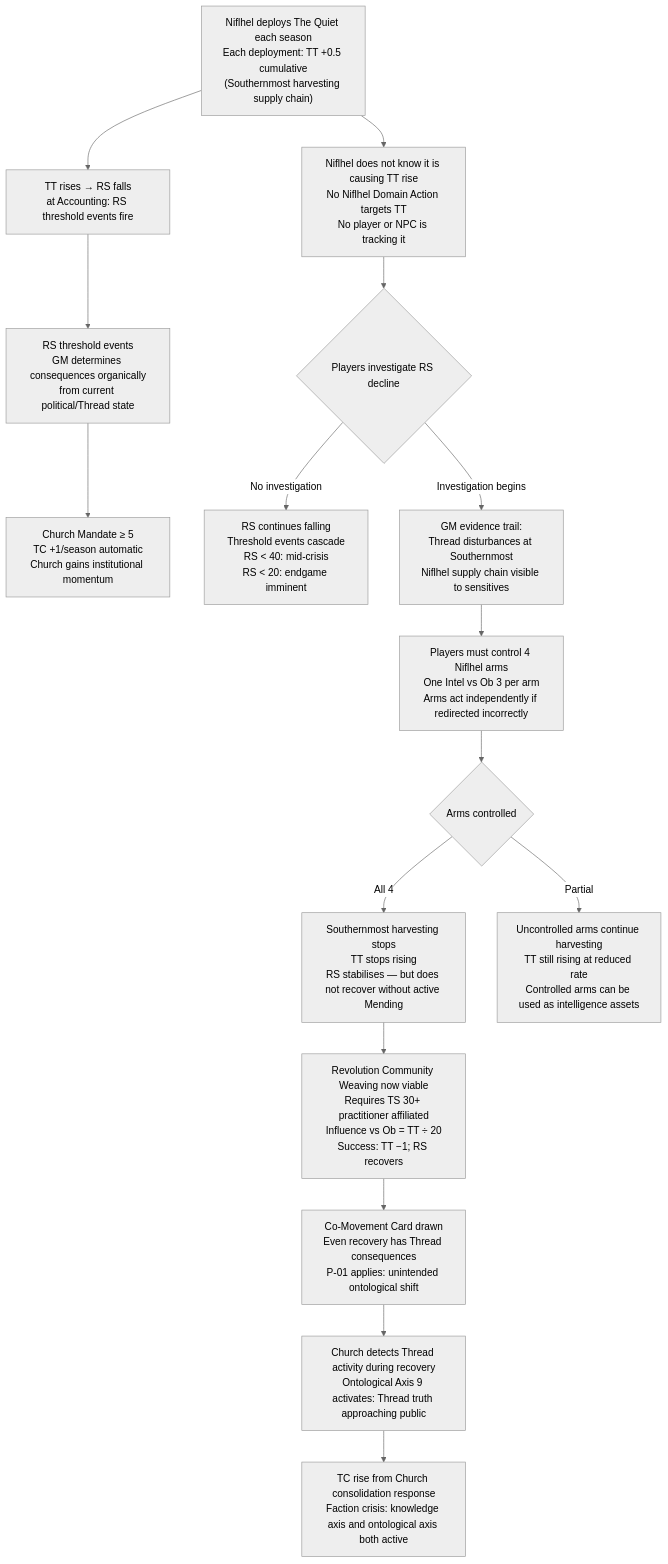
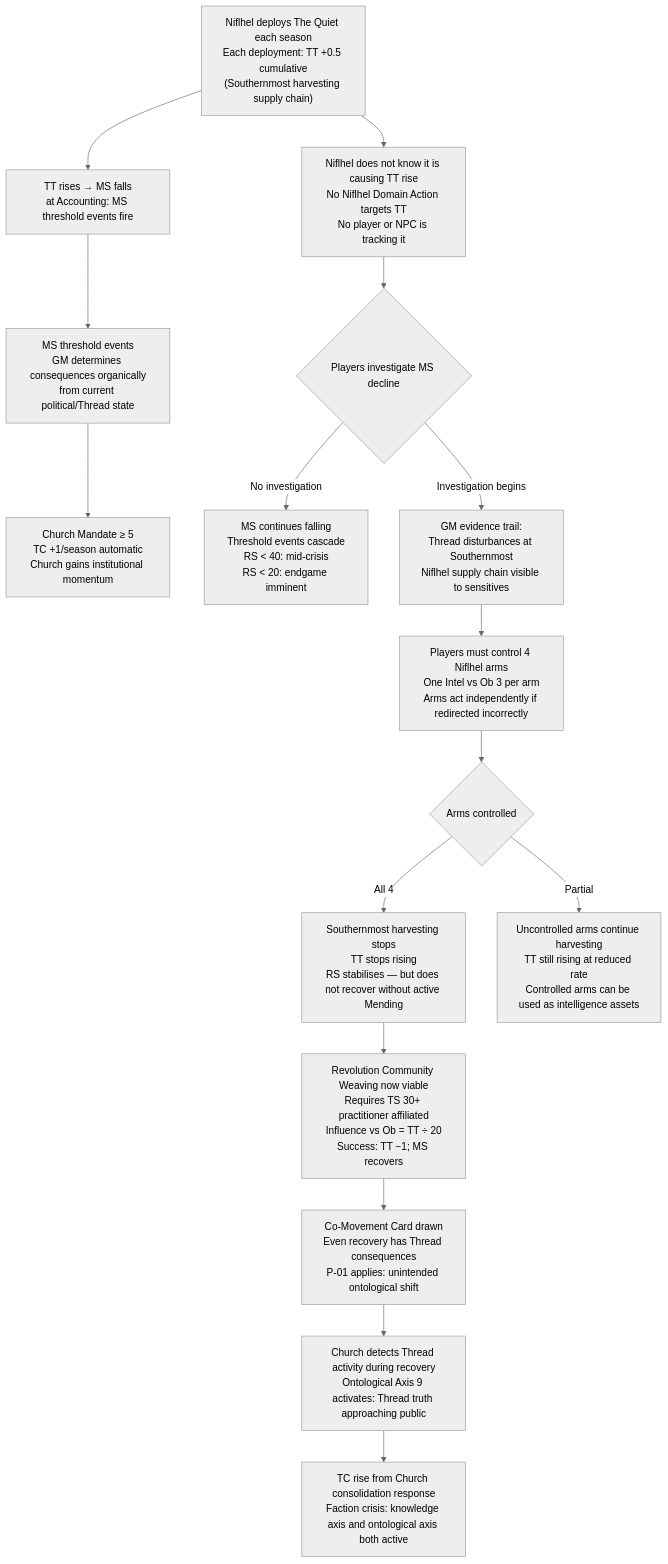
One commit to jordanelias/ttrpg changed the third of 4 diagrams in designs/arcs/emergent_campaign_arcs.md. Above: the diagram before and after it, drawn with Mermaid (neutral theme). The commit also changed other lines of this file and 40 other files, not shown here.

````diff
--- a/designs/arcs/emergent_campaign_arcs.md
+++ b/designs/arcs/emergent_campaign_arcs.md
@@ -99,18 +99,18 @@
 ```mermaid
 flowchart TD
-    A["Niflhel deploys The Quiet each season\nEach deployment: TT +0.5 cumulative\n(Southernmost harvesting supply chain)"] --> B["TT rises → RS falls\nat Accounting: RS threshold events fire"]
-    B --> C["RS threshold events\nGM determines consequences organically\nfrom current political/Thread state"]
+    A["Niflhel deploys The Quiet each season\nEach deployment: TT +0.5 cumulative\n(Southernmost harvesting supply chain)"] --> B["TT rises → MS falls\nat Accounting: MS threshold events fire"]
+    B --> C["MS threshold events\nGM determines consequences organically\nfrom current political/Thread state"]
     C --> D["Church Mandate ≥ 5\nTC +1/season automatic\nChurch gains institutional momentum"]
     A --> E["Niflhel does not know it is causing TT rise\nNo Niflhel Domain Action targets TT\nNo player or NPC is tracking it"]
-    E --> F{"Players investigate RS decline"}
-    F -->|"No investigation"| G["RS continues falling\nThreshold events cascade\nRS < 40: mid-crisis\nRS < 20: endgame imminent"]
+    E --> F{"Players investigate MS decline"}
+    F -->|"No investigation"| G["MS continues falling\nThreshold events cascade\nRS < 40: mid-crisis\nRS < 20: endgame imminent"]
     F -->|"Investigation begins"| H["GM evidence trail:\nThread disturbances at Southernmost\nNiflhel supply chain visible to sensitives"]
     H --> I["Players must control 4 Niflhel arms\nOne Intel vs Ob 3 per arm\nArms act independently if redirected incorrectly"]
     I --> J{Arms controlled}
     J -->|"All 4"| K["Southernmost harvesting stops\nTT stops rising\nRS stabilises — but does not recover without active Mending"]
     J -->|"Partial"| L["Uncontrolled arms continue harvesting\nTT still rising at reduced rate\nControlled arms can be used as intelligence assets"]
-    K --> M["Revolution Community Weaving now viable\nRequires TS 30+ practitioner affiliated\nInfluence vs Ob = TT ÷ 20\nSuccess: TT −1; RS recovers"]
+    K --> M["Revolution Community Weaving now viable\nRequires TS 30+ practitioner affiliated\nInfluence vs Ob = TT ÷ 20\nSuccess: TT −1; MS recovers"]
     M --> N["Co-Movement Card drawn\nEven recovery has Thread consequences\nP-01 applies: unintended ontological shift"]
     N --> O["Church detects Thread activity during recovery\nOntological Axis 9 activates: Thread truth approaching public"]
     O --> P["TC rise from Church consolidation response\nFaction crisis: knowledge axis and ontological axis both active"]
 ```
````
